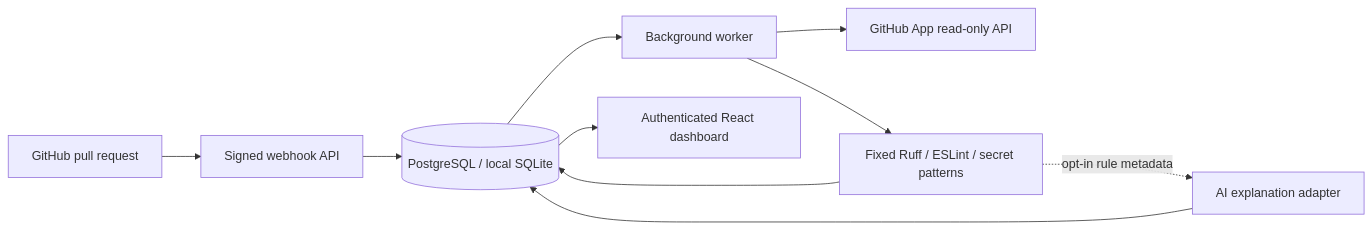
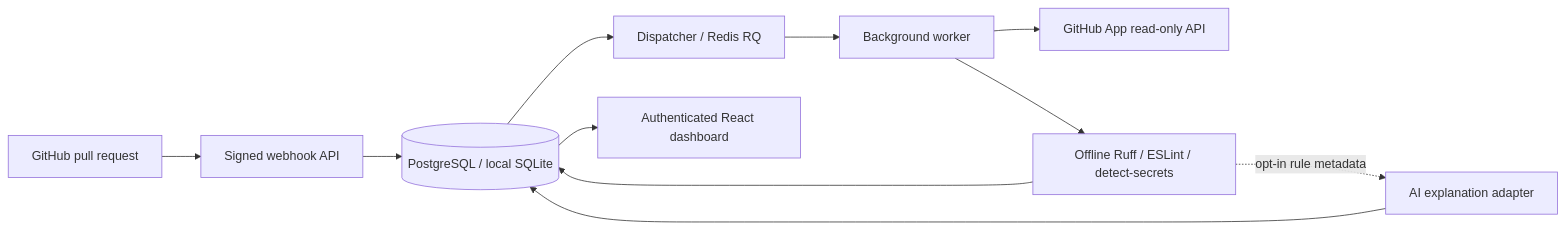
The diagram in README.md (ChandraKanth0212/codelens), drawn with Mermaid before and after one commit. The commit also changed other lines of this file and 9 other files, not shown here.

````diff
--- a/README.md
+++ b/README.md
@@ -113,12 +128,13 @@
 ```mermaid
 flowchart LR
   G[GitHub pull request] --> H[Signed webhook API]
   H --> DB[(PostgreSQL / local SQLite)]
-  DB --> W[Background worker]
+  DB --> Q[Dispatcher / Redis RQ]
+  Q --> W[Background worker]
   W --> GH[GitHub App read-only API]
-  W --> A[Fixed Ruff / ESLint / secret patterns]
+  W --> A[Offline Ruff / ESLint / detect-secrets]
   A --> DB
   A -. opt-in rule metadata .-> AI[AI explanation adapter]
   AI --> DB
   DB --> UI[Authenticated React dashboard]
 ```
````
